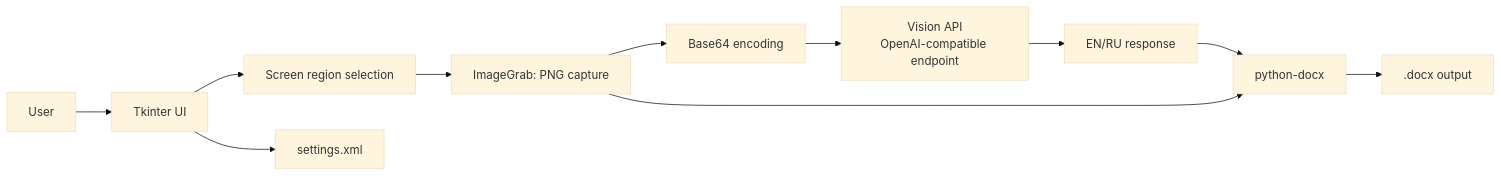
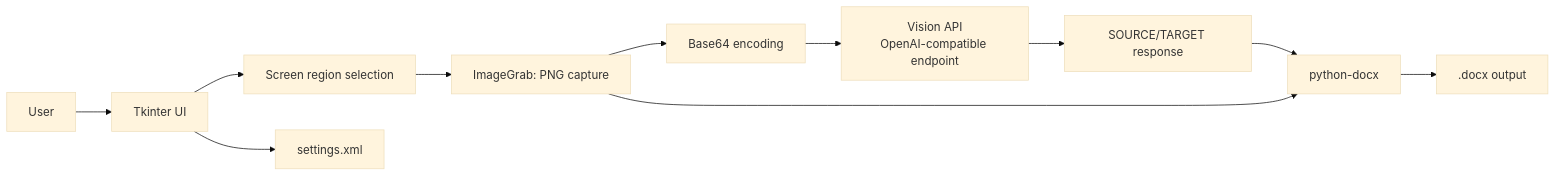
Before and after one commit to sergeyh510-alt/Screenshot-Translator: the first of 2 diagrams in README.md, drawn with Mermaid (base theme). The commit also changed other lines of this file, not shown here.

````diff
--- a/README.md
+++ b/README.md
@@ -57,13 +57,13 @@
 ```mermaid
 flowchart LR
     U[User] --> UI[Tkinter UI]
     UI --> R[Screen region selection]
     R --> G[ImageGrab: PNG capture]
     G --> E[Base64 encoding]
     E --> API[Vision API\nOpenAI-compatible endpoint]
-    API --> P[EN/RU response]
+    API --> P[SOURCE/TARGET response]
     P --> D[python-docx]
     G --> D
     D --> W[.docx output]
     UI --> S[settings.xml]
 ```
````
